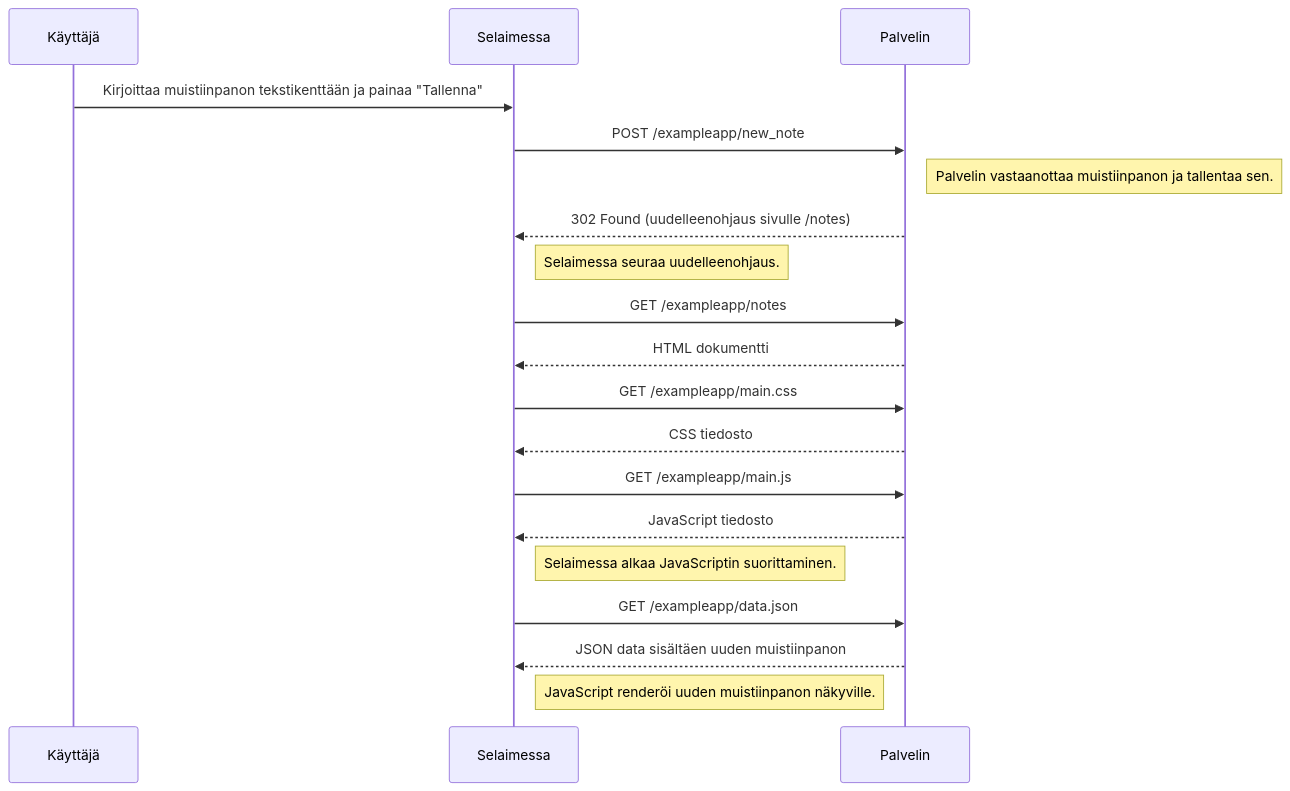
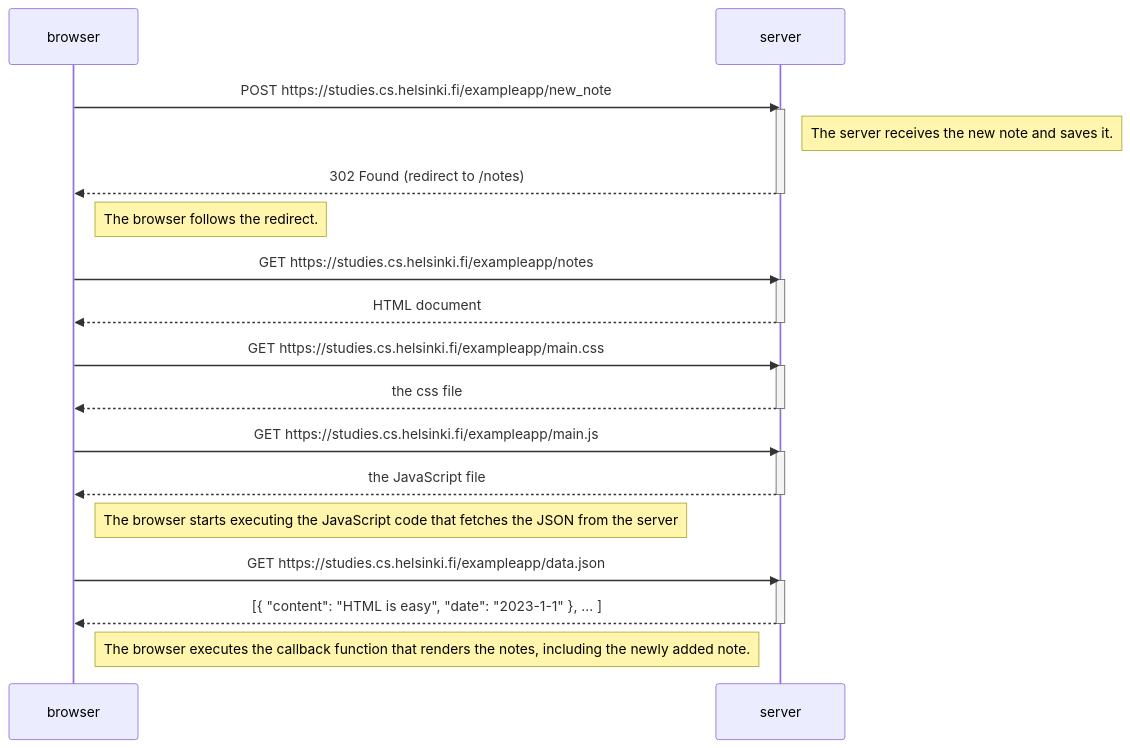
The diagram in osa0/04.md (jova486/Fullstack), drawn with Mermaid before and after one commit.

````diff
--- a/osa0/04.md
+++ b/osa0/04.md
@@ -1,26 +1,38 @@
 ```mermaid
 sequenceDiagram
-    participant User as Käyttäjä
-    participant Browser as Selaimessa
-    participant Server as Palvelin
+    participant browser
+    participant server
+    
+    browser->>server: POST https://studies.cs.helsinki.fi/exampleapp/new_note
+    activate server
+    Note right of server: The server receives the new note and saves it.
+    server-->>browser: 302 Found (redirect to /notes)
+    deactivate server
+    
+    Note right of browser: The browser follows the redirect.
 
-    User->>Browser: Kirjoittaa muistiinpanon tekstikenttään ja painaa "Tallenna"
-    Browser->>Server: POST /exampleapp/new_note
-    Note right of Server: Palvelin vastaanottaa muistiinpanon ja tallentaa sen.
+    browser->>server: GET https://studies.cs.helsinki.fi/exampleapp/notes
+    activate server
+    server-->>browser: HTML document
+    deactivate server
+    
+    browser->>server: GET https://studies.cs.helsinki.fi/exampleapp/main.css
+    activate server
+    server-->>browser: the css file
+    deactivate server
+    
+    browser->>server: GET https://studies.cs.helsinki.fi/exampleapp/main.js
+    activate server
+    server-->>browser: the JavaScript file
+    deactivate server
+    
+    Note right of browser: The browser starts executing the JavaScript code that fetches the JSON from the server
+    
+    browser->>server: GET https://studies.cs.helsinki.fi/exampleapp/data.json
+    activate server
+    server-->>browser: [{ "content": "HTML is easy", "date": "2023-1-1" }, ... ]
+    deactivate server    
 
-    Server-->>Browser: 302 Found (uudelleenohjaus sivulle /notes)
-    Note right of Browser: Selaimessa seuraa uudelleenohjaus.
+    Note right of browser: The browser executes the callback function that renders the notes, including the newly added note.
 
-    Browser->>Server: GET /exampleapp/notes
-    Server-->>Browser: HTML dokumentti
-    Browser->>Server: GET /exampleapp/main.css
-    Server-->>Browser: CSS tiedosto
-    Browser->>Server: GET /exampleapp/main.js
-    Server-->>Browser: JavaScript tiedosto
-
-    Note right of Browser: Selaimessa alkaa JavaScriptin suorittaminen.
-
-    Browser->>Server: GET /exampleapp/data.json
-    Server-->>Browser: JSON data sisältäen uuden muistiinpanon
-    Note right of Browser: JavaScript renderöi uuden muistiinpanon näkyville.
 ```
````
